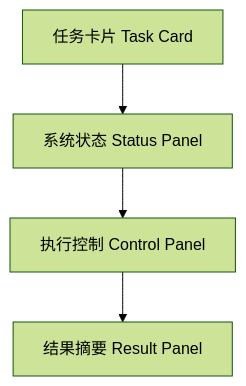
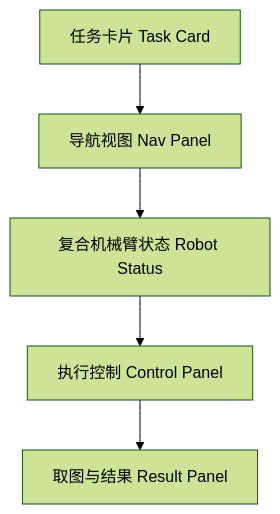
Before and after one commit to Misaka21/inspection-hmi: the third of 4 diagrams in docs/hmi_ui_design.md, drawn with Mermaid (forest theme). The commit also changed other lines of this file and 1 other file, not shown here.

````diff
--- a/docs/hmi_ui_design.md
+++ b/docs/hmi_ui_design.md
@@ -69,9 +76,10 @@
 ```mermaid
 flowchart TB
   A[任务卡片 Task Card]
-  B[系统状态 Status Panel]
+  B[导航视图 Nav Panel]
+  S[复合机械臂状态 Robot Status]
   C[执行控制 Control Panel]
-  D[结果摘要 Result Panel]
+  D[取图与结果 Result Panel]
 
-  A --> B --> C --> D
+  A --> B --> S --> C --> D
 ```
````
